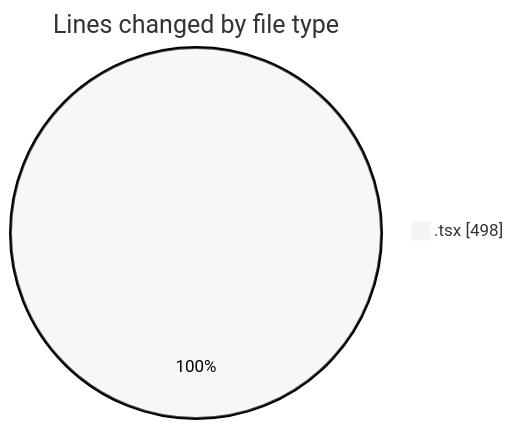
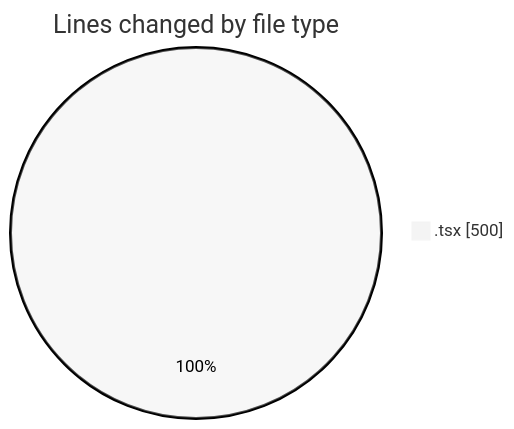
The first of 2 diagrams in 2025-03-12/termonied-web/README.md (robertbonfada/code-tracking), drawn with Mermaid (neutral theme) before and after one commit. The commit also changed other lines of this file and 1 other file, not shown here.

````diff
--- a/2025-03-12/termonied-web/README.md
+++ b/2025-03-12/termonied-web/README.md
@@ -21,5 +21,5 @@
 ```mermaid
 pie showData
 title Lines changed by file type
-".tsx" : 498
+".tsx" : 500
 ```
````
